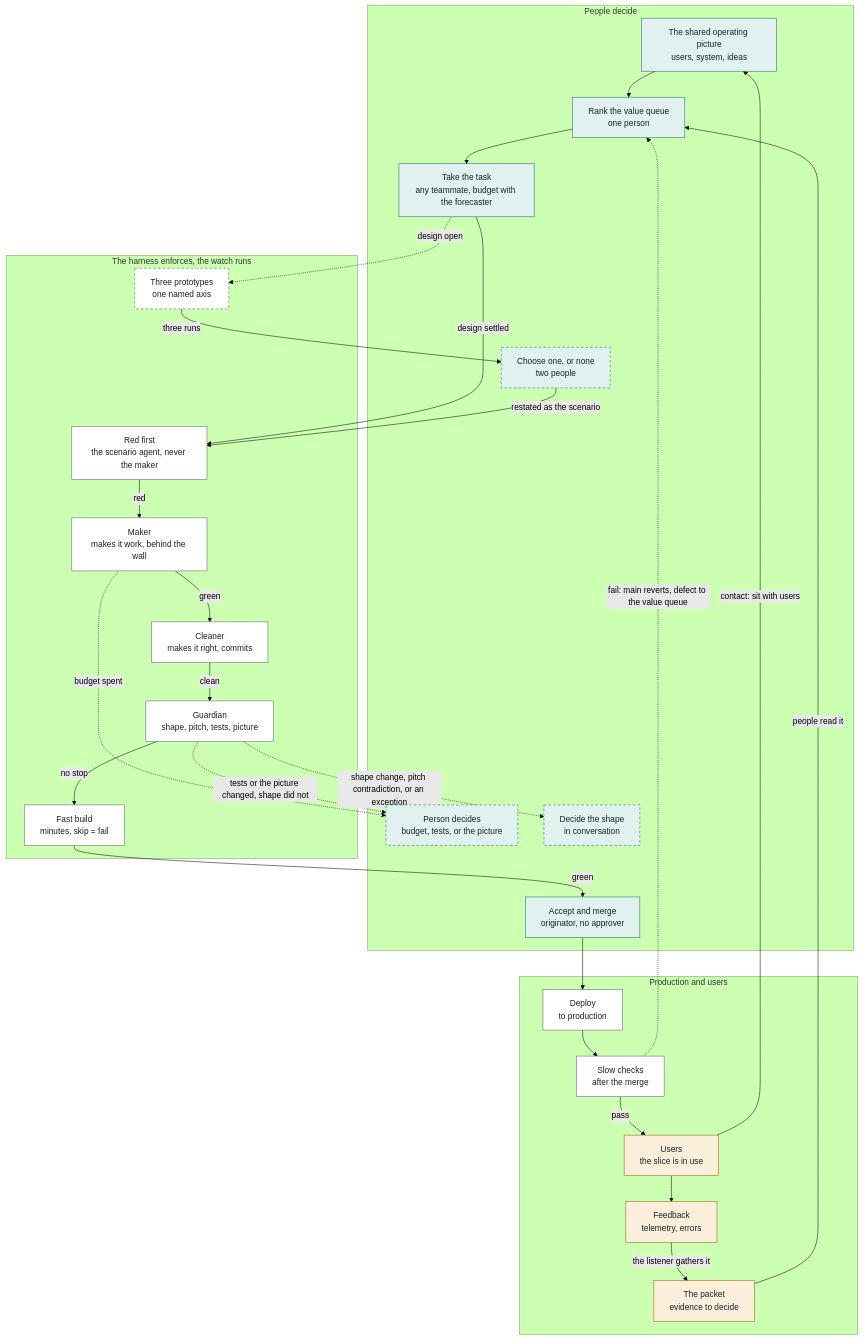
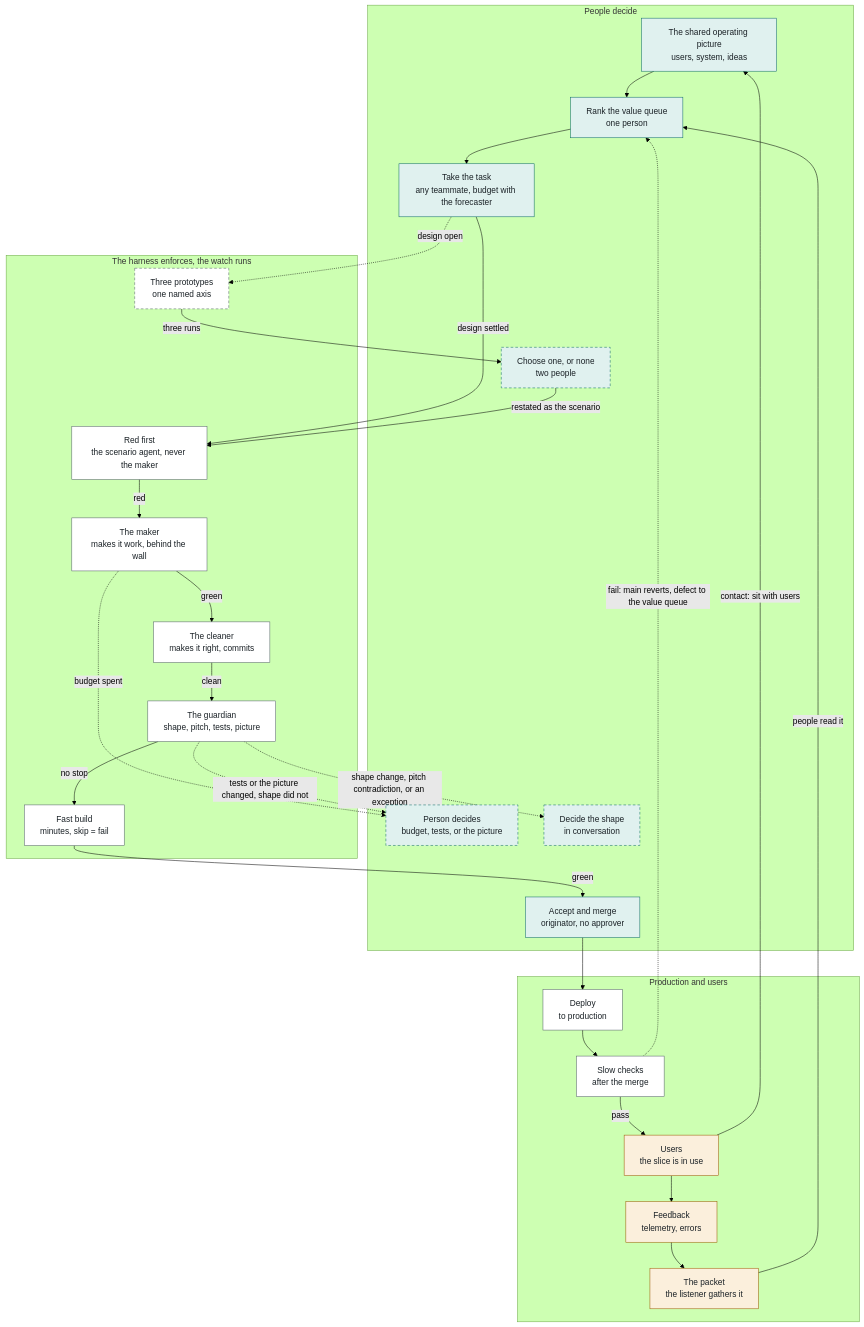
One commit to seanpk/xtremevibing.com changed the diagram in loop.md. Above: the diagram before and after it, drawn with Mermaid (forest theme). The commit also changed other lines of this file and 1 other file, not shown here.

````diff
--- a/loop.md
+++ b/loop.md
@@ -56,59 +56,59 @@
 ```mermaid
 flowchart TB
   subgraph People["People decide"]
     picture["The shared operating picture<br/>users, system, ideas"]
     rank["Rank the value queue<br/>one person"]
     take["Take the task<br/>any teammate, budget with the forecaster"]
     choose["Choose one, or none<br/>two people"]
     decide["Person decides<br/>budget, tests, or the picture"]
     shape["Decide the shape<br/>in conversation"]
     merge["Accept and merge<br/>originator, no approver"]
   end
 
   subgraph Harness["The harness enforces, the watch runs"]
     protos["Three prototypes<br/>one named axis"]
     red["Red first<br/>the scenario agent, never the maker"]
-    maker["Maker<br/>makes it work, behind the wall"]
-    cleaner["Cleaner<br/>makes it right, commits"]
-    guardian["Guardian<br/>shape, pitch, tests, picture"]
+    maker["The maker<br/>makes it work, behind the wall"]
+    cleaner["The cleaner<br/>makes it right, commits"]
+    guardian["The guardian<br/>shape, pitch, tests, picture"]
     build["Fast build<br/>minutes, skip = fail"]
   end
 
   subgraph Use["Production and users"]
     deploy["Deploy<br/>to production"]
     slow["Slow checks<br/>after the merge"]
     users["Users<br/>the slice is in use"]
     feedback["Feedback<br/>telemetry, errors"]
-    packet["The packet<br/>evidence to decide"]
+    packet["The packet<br/>the listener gathers it"]
   end
 
   picture --> rank --> take
   take -- "design settled" --> red
   take -. "design open" .-> protos
   protos -- "three runs" --> choose
   choose -- "restated as the scenario" --> red
   red -- "red" --> maker
   maker -- "green" --> cleaner
   cleaner -- "clean" --> guardian
   guardian -- "no stop" --> build
   build -- "green" --> merge
   merge --> deploy --> slow
   slow -- "pass" --> users
   slow -. "fail: main reverts, defect to the value queue" .-> rank
   users --> feedback
-  feedback -- "the listener gathers it" --> packet
+  feedback --> packet
   packet -- "people read it" --> rank
   users -- "contact: sit with users" --> picture
   maker -. "budget spent" .-> decide
   guardian -. "tests or the picture changed, shape did not" .-> decide
   guardian -. "shape change, pitch contradiction, or an exception" .-> shape
 
   classDef people fill:#e0f1ef,stroke:#0d6a66,color:#1a2126
   classDef harness fill:#ffffff,stroke:#56626b,color:#1a2126
   classDef use fill:#fbefdc,stroke:#9a5a00,color:#1a2126
   classDef cond stroke-dasharray:5 4
   class picture,rank,take,choose,decide,shape,merge people
   class protos,red,maker,cleaner,guardian,build,deploy,slow harness
   class users,feedback,packet use
   class choose,decide,shape,protos cond
 ```
````
